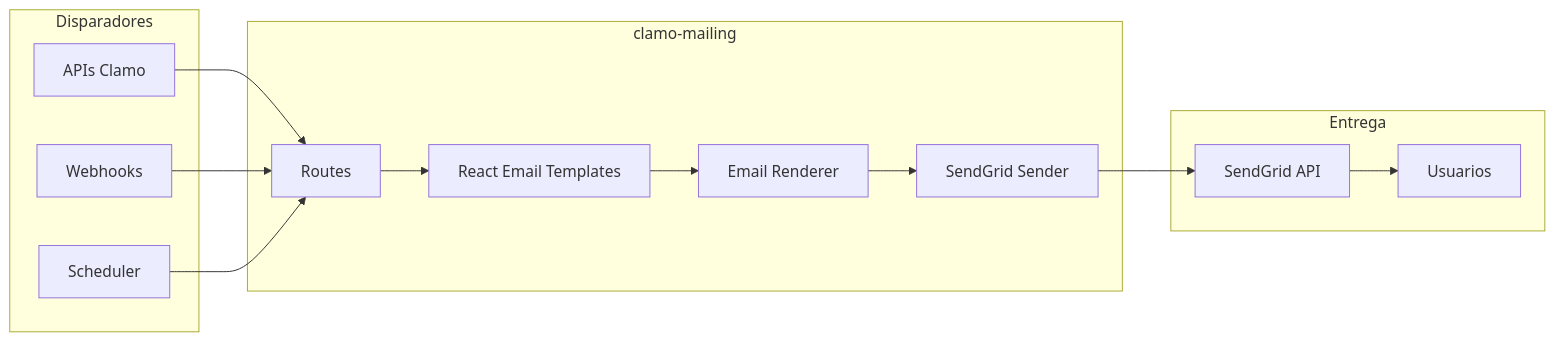
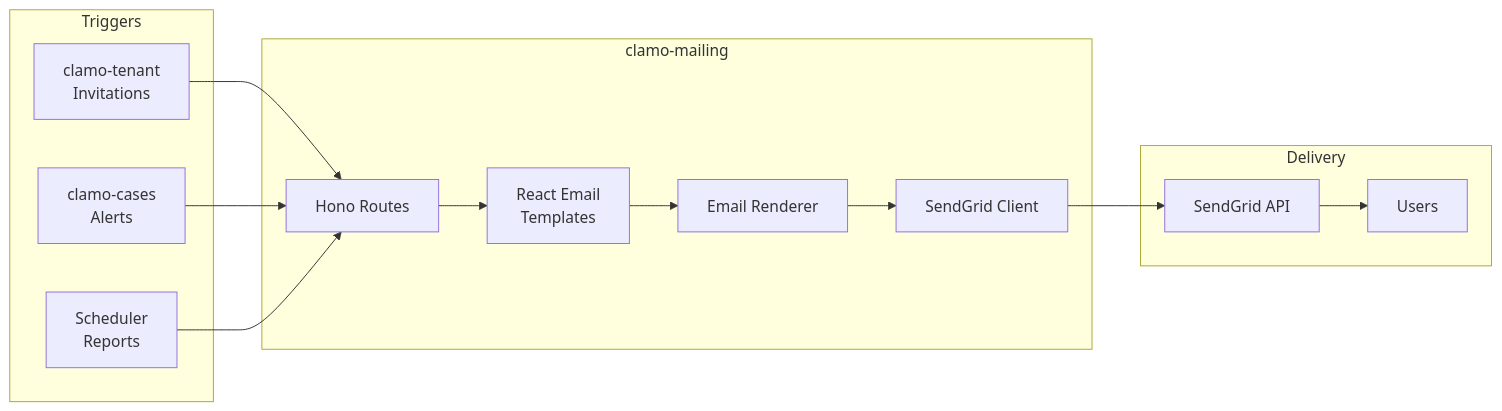
The diagram in en/services/clamo-mailing.mdx (GetClamo/docs), drawn with Mermaid before and after one commit. The commit also changed other lines of this file and 10 other files, not shown here.

First line of the commit message:
docs: update ask-clamo documentation to reflect unified architecture and profile integration

````diff
--- a/en/services/clamo-mailing.mdx
+++ b/en/services/clamo-mailing.mdx
@@ -23,29 +23,29 @@
 ```mermaid
 flowchart LR
-    subgraph Triggers [Disparadores]
-        API[APIs Clamo]
-        Webhooks[Webhooks]
-        Scheduler[Scheduler]
+    subgraph Triggers [Triggers]
+        Tenant[clamo-tenant<br/>Invitations]
+        Cases[clamo-cases<br/>Alerts]
+        Scheduler[Scheduler<br/>Reports]
     end
     
     subgraph Mailing [clamo-mailing]
-        Routes[Routes]
-        Templates[React Email Templates]
+        Routes[Hono Routes]
+        Templates[React Email<br/>Templates]
         Renderer[Email Renderer]
-        Sender[SendGrid Sender]
+        Sender[SendGrid Client]
     end
     
-    subgraph Delivery [Entrega]
+    subgraph Delivery [Delivery]
         SendGrid[SendGrid API]
-        Users[Usuarios]
+        Users[Users]
     end
     
-    API --> Routes
-    Webhooks --> Routes
+    Tenant --> Routes
+    Cases --> Routes
     Scheduler --> Routes
     Routes --> Templates
     Templates --> Renderer
     Renderer --> Sender
     Sender --> SendGrid
     SendGrid --> Users
 ```
````
